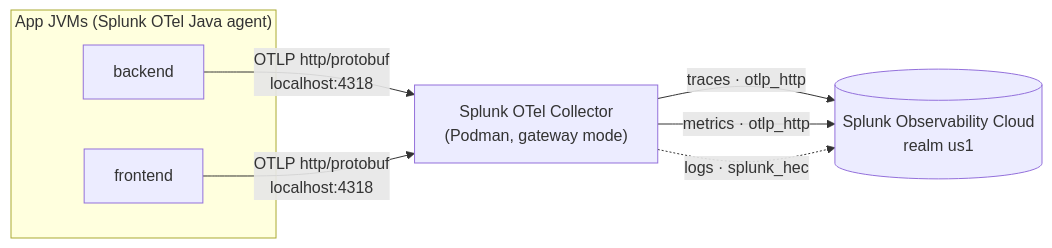
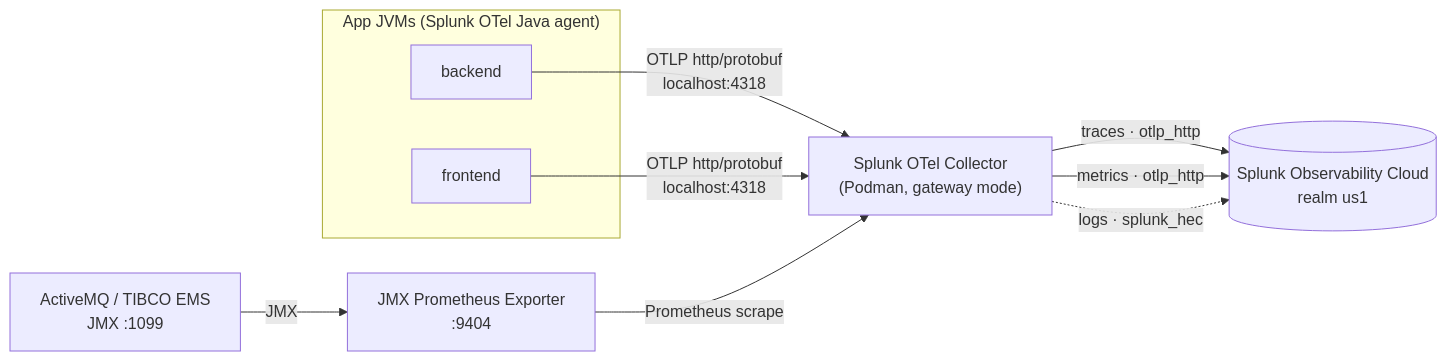
The second of 2 diagrams in README.md (neechuan/spring3-petclinic-tibco-splunk-o11y), drawn with Mermaid before and after one commit. The commit also changed other lines of this file and 7 other files, not shown here.

Commit message:
feat: add JMX Prometheus exporter for ActiveMQ metrics and update architecture documentation

````diff
--- a/README.md
+++ b/README.md
@@ -199,12 +204,14 @@
 ```mermaid
 flowchart LR
     subgraph JVMs["App JVMs (Splunk OTel Java agent)"]
         BE[backend]
         FE[frontend]
     end
     BE -->|"OTLP http/protobuf<br/>localhost:4318"| COL
     FE -->|"OTLP http/protobuf<br/>localhost:4318"| COL
+    BROKER[ActiveMQ / TIBCO EMS<br/>JMX :1099] -->|JMX| EXP[JMX Prometheus Exporter<br/>:9404]
+    EXP -->|Prometheus scrape| COL
     COL["Splunk OTel Collector<br/>(Podman, gateway mode)"] -->|traces · otlp_http| Cloud[(Splunk Observability Cloud<br/>realm us1)]
     COL -->|metrics · otlp_http| Cloud
     COL -.->|logs · splunk_hec| Cloud
 ```
````
